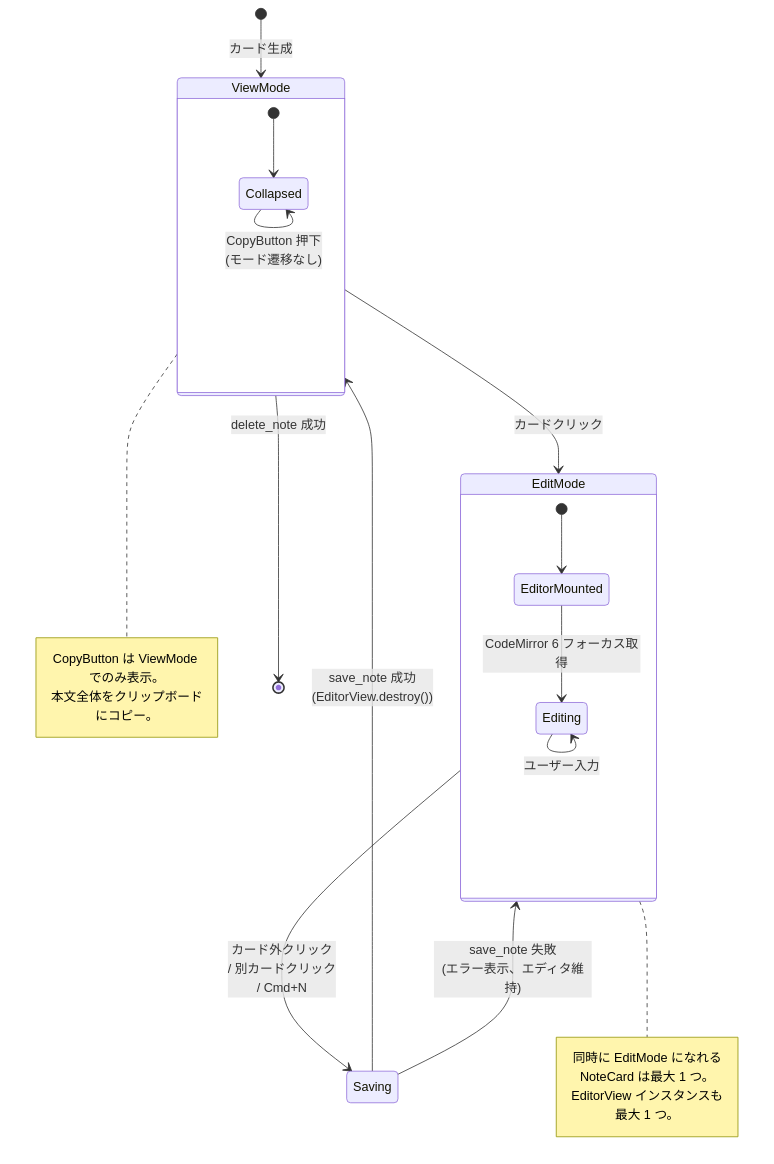
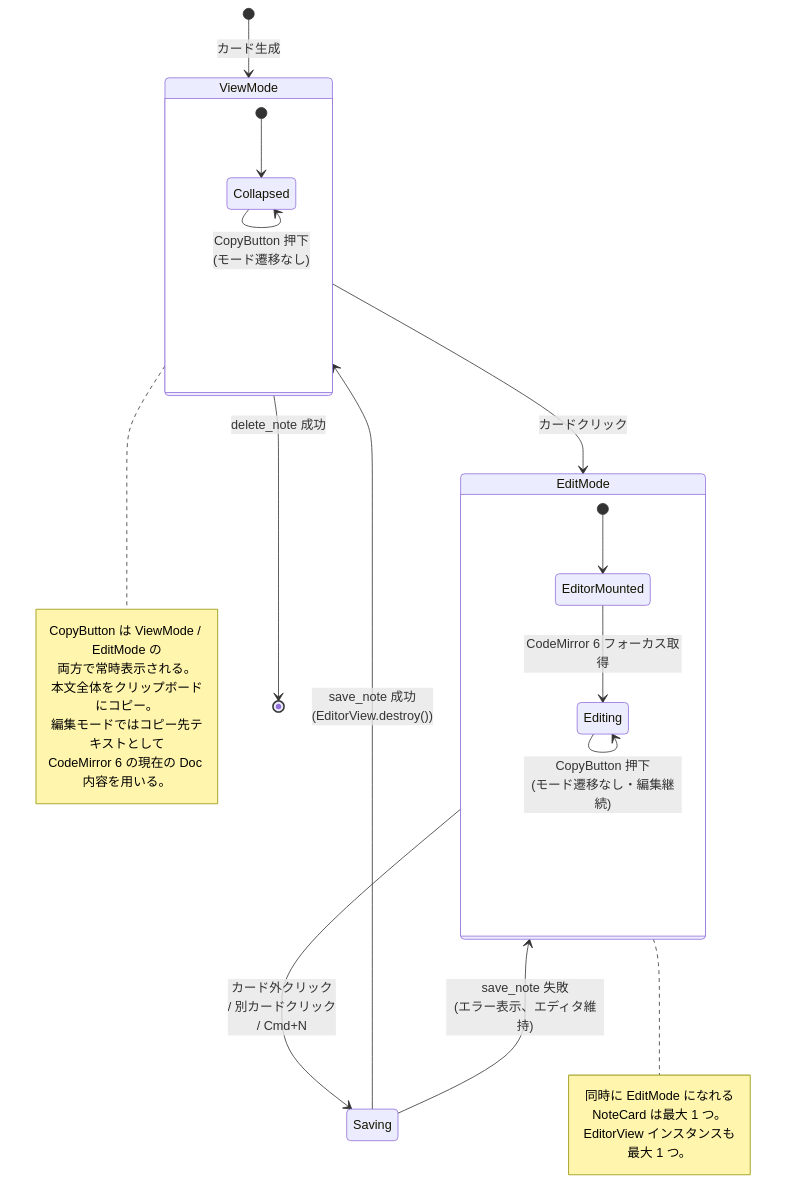
One commit to dev-komenzar/prompt-notes changed the first of 4 diagrams in docs/detailed_design/editor_clipboard_design.md. Above: the diagram before and after it, drawn with Mermaid. The commit also changed other lines of this file and 3 other files, not shown here.

````diff
--- a/docs/detailed_design/editor_clipboard_design.md
+++ b/docs/detailed_design/editor_clipboard_design.md
@@ -61,33 +61,37 @@
 ```mermaid
 stateDiagram-v2
     [*] --> ViewMode: カード生成
 
     state ViewMode {
         [*] --> Collapsed
         Collapsed --> Collapsed: CopyButton 押下<br/>(モード遷移なし)
     }
 
     state EditMode {
         [*] --> EditorMounted
         EditorMounted --> Editing: CodeMirror 6 フォーカス取得
         Editing --> Editing: ユーザー入力
+        Editing --> Editing: CopyButton 押下<br/>(モード遷移なし・編集継続)
     }
 
     ViewMode --> EditMode: カードクリック
     EditMode --> Saving: カード外クリック<br/>/ 別カードクリック<br/>/ Cmd+N
     Saving --> ViewMode: save_note 成功<br/>(EditorView.destroy())
     Saving --> EditMode: save_note 失敗<br/>(エラー表示、エディタ維持)
 
     ViewMode --> [*]: delete_note 成功
 
     note right of EditMode
         同時に EditMode になれる
         NoteCard は最大 1 つ。
         EditorView インスタンスも最大 1 つ。
     end note
 
     note right of ViewMode
-        CopyButton は ViewMode でのみ表示。
+        CopyButton は ViewMode / EditMode の
+        両方で常時表示される。
         本文全体をクリップボードにコピー。
+        編集モードではコピー先テキストとして
+        CodeMirror 6 の現在の Doc 内容を用いる。
     end note
 ```
````
